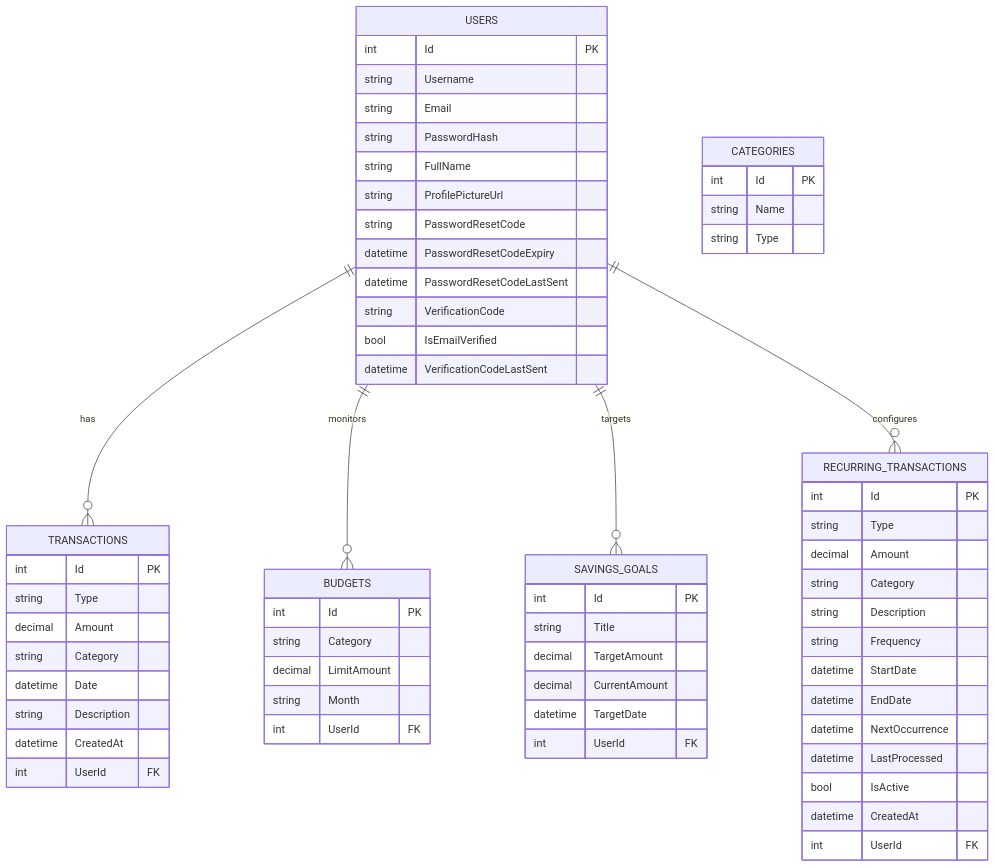
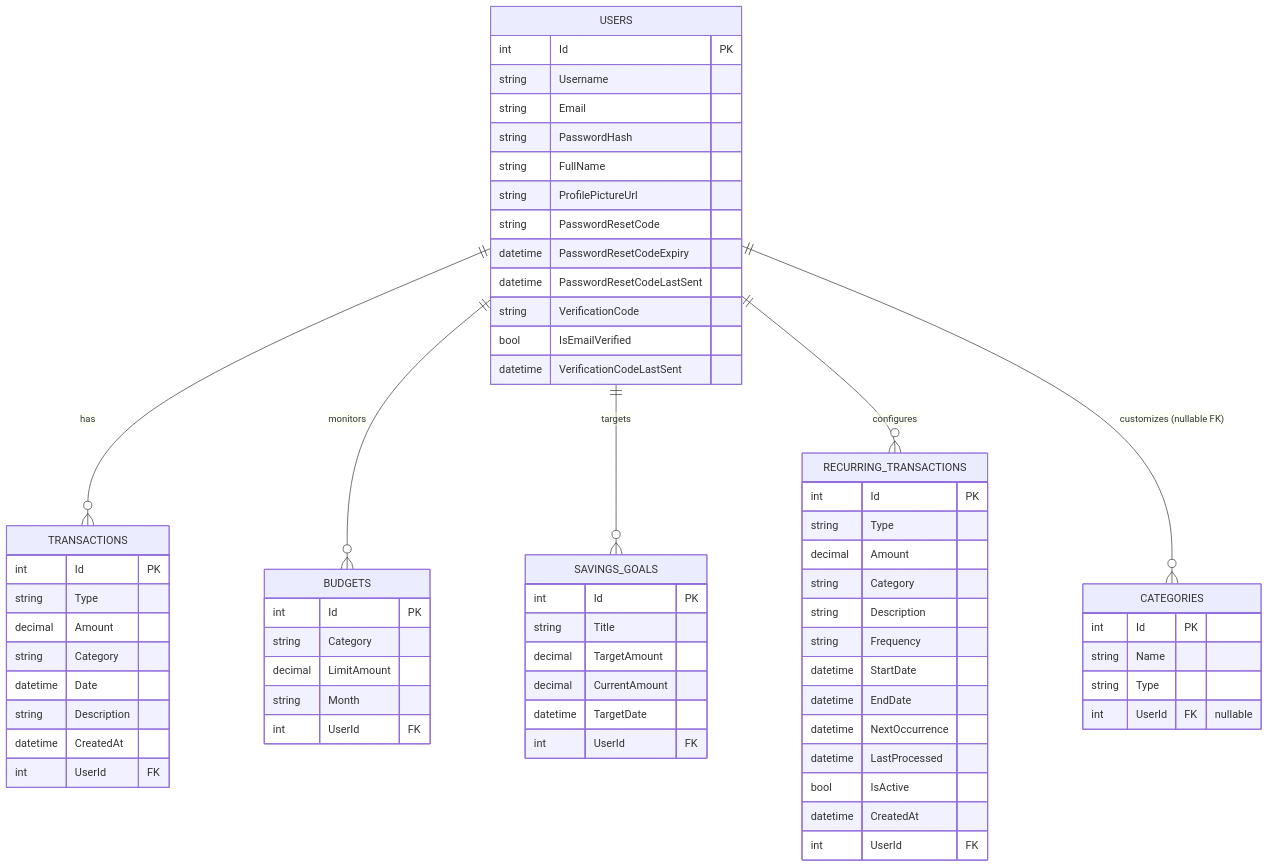
The second of 3 diagrams in PROJECT_GUIDE.md (ductindang/Personal_Finance_Tracker_Upgrade), drawn with Mermaid before and after one commit. The commit also changed other lines of this file and 3 other files, not shown here.

````diff
--- a/PROJECT_GUIDE.md
+++ b/PROJECT_GUIDE.md
@@ -58,67 +58,69 @@
 ```mermaid
 erDiagram
     USERS {
         int Id PK
         string Username
         string Email
         string PasswordHash
         string FullName
         string ProfilePictureUrl
         string PasswordResetCode
         datetime PasswordResetCodeExpiry
         datetime PasswordResetCodeLastSent
         string VerificationCode
         bool IsEmailVerified
         datetime VerificationCodeLastSent
     }
     TRANSACTIONS {
         int Id PK
         string Type
         decimal Amount
         string Category
         datetime Date
         string Description
         datetime CreatedAt
         int UserId FK
     }
     BUDGETS {
         int Id PK
         string Category
         decimal LimitAmount
         string Month
         int UserId FK
     }
     SAVINGS_GOALS {
         int Id PK
         string Title
         decimal TargetAmount
         decimal CurrentAmount
         datetime TargetDate
         int UserId FK
     }
     CATEGORIES {
         int Id PK
         string Name
         string Type
+        int UserId FK "nullable"
     }
     RECURRING_TRANSACTIONS {
         int Id PK
         string Type
         decimal Amount
         string Category
         string Description
         string Frequency
         datetime StartDate
         datetime EndDate
         datetime NextOccurrence
         datetime LastProcessed
         bool IsActive
         datetime CreatedAt
         int UserId FK
     }
 
     USERS ||--o{ TRANSACTIONS : has
     USERS ||--o{ BUDGETS : monitors
     USERS ||--o{ SAVINGS_GOALS : targets
     USERS ||--o{ RECURRING_TRANSACTIONS : configures
+    USERS ||--o{ CATEGORIES : "customizes (nullable FK)"
 ```
````
